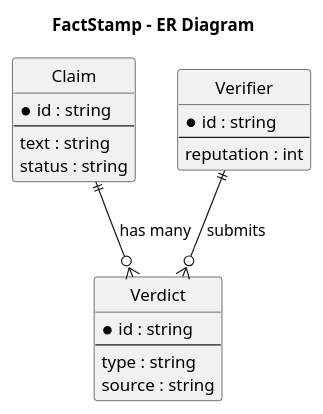
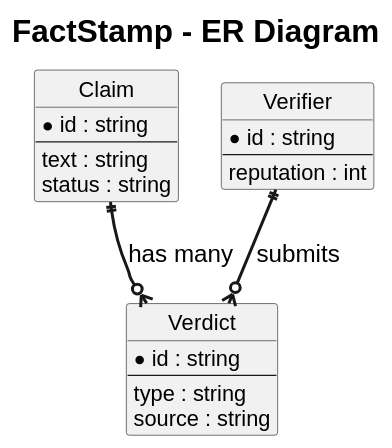
Before and after one commit to aadish0day/typst: the third of 12 diagrams in FactStamp/Rules/Diagram-rules.md, drawn with PlantUML. The commit also changed other lines of this file and 67 other files, not shown here.

````diff
--- a/FactStamp/Rules/Diagram-rules.md
+++ b/FactStamp/Rules/Diagram-rules.md
@@ -157,31 +195,39 @@
 ```plantuml
 @startuml
 skinparam style strictuml
 skinparam monochrome true
-skinparam defaultFontName "Times New Roman"
+skinparam defaultFontName "Liberation Sans"
+skinparam defaultFontSize 20
+skinparam defaultFontStyle bold
+skinparam titleFontSize 26
+skinparam titleFontStyle bold
+skinparam EntityFontSize 22
+skinparam EntityFontStyle bold
+skinparam ClassAttributeFontSize 18
+skinparam ArrowThickness 2.5
 title FactStamp - ER Diagram
 
 entity Claim {
   * id : string
   --
   text : string
   status : string
 }
 
 entity Verifier {
   * id : string
   --
   reputation : int
 }
 
 entity Verdict {
   * id : string
   --
   type : string
   source : string
 }
 
 Verifier ||--o{ Verdict : submits
 Claim ||--o{ Verdict : "has many"
 @enduml
 ```
````
